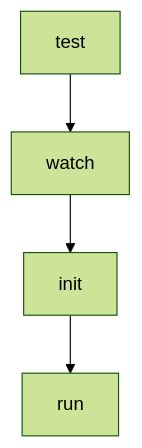
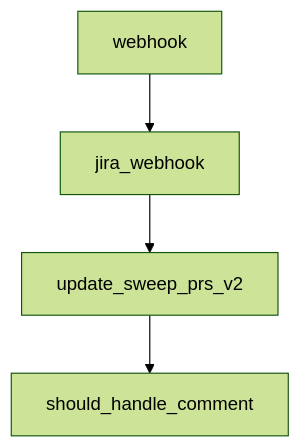
Before and after one commit to johnxie/awesome-code-docs: the diagram in tutorials/sweep-tutorial/07-limitations-risk-controls-and-safe-scope.md, drawn with Mermaid (forest theme). The commit also changed other lines of this file and 1232 other files, not shown here.

````diff
--- a/tutorials/sweep-tutorial/07-limitations-risk-controls-and-safe-scope.md
+++ b/tutorials/sweep-tutorial/07-limitations-risk-controls-and-safe-scope.md
@@ -218,10 +216,10 @@
 ```mermaid
 flowchart TD
-    A[test]
-    B[watch]
-    C[init]
-    D[run]
+    A[webhook]
+    B[jira_webhook]
+    C[update_sweep_prs_v2]
+    D[should_handle_comment]
     A --> B
     B --> C
     C --> D
 ```
````
